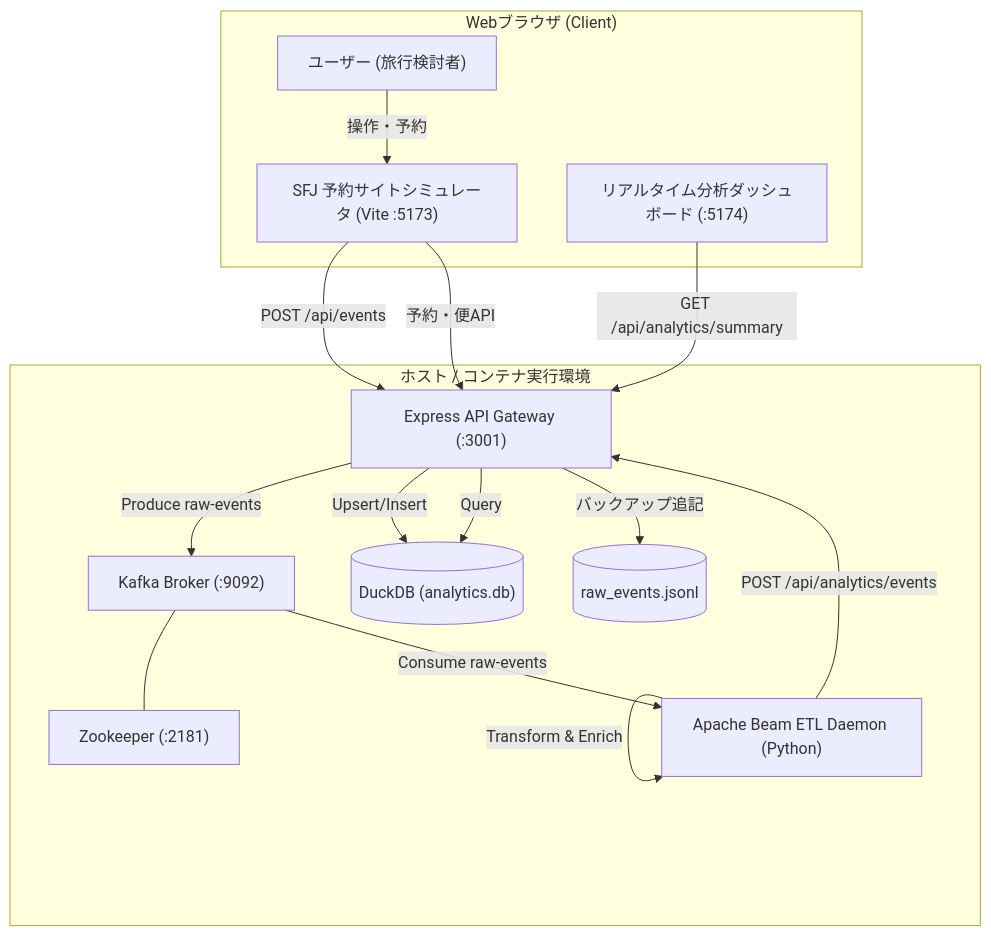
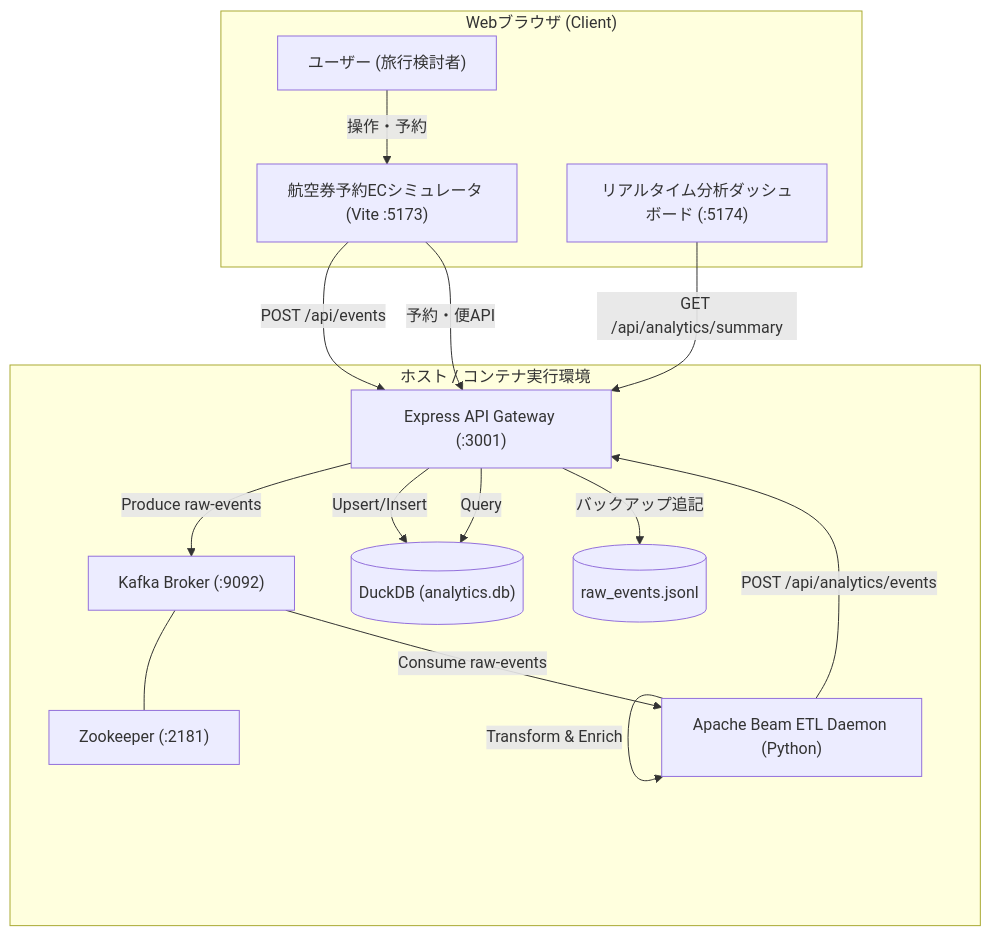
The first of 2 diagrams in docs/system_architecture_design.md (Anzai-Yuichiro/airline-modern-data-platform), drawn with Mermaid before and after one commit. The commit also changed other lines of this file and 7 other files, not shown here.

````diff
--- a/docs/system_architecture_design.md
+++ b/docs/system_architecture_design.md
@@ -35,33 +35,33 @@
 ```mermaid
 flowchart TD
     subgraph Browser["Webブラウザ (Client)"]
         User["ユーザー (旅行検討者)"]
-        ClientApp["SFJ 予約サイトシミュレータ (Vite :5173)"]
+        ClientApp["航空券予約ECシミュレータ (Vite :5173)"]
         AdminDash["リアルタイム分析ダッシュボード (:5174)"]
     end
 
     subgraph Host["ホスト / コンテナ実行環境"]
         Express["Express API Gateway (:3001)"]
         Kafka["Kafka Broker (:9092)"]
         ZK["Zookeeper (:2181)"]
         Beam["Apache Beam ETL Daemon (Python)"]
         DuckDB[("DuckDB (analytics.db)")]
         JSONL[("raw_events.jsonl")]
     end
 
     User -->|操作・予約| ClientApp
     ClientApp -->|POST /api/events| Express
     ClientApp -->|予約・便API| Express
     
     Express -->|Produce raw-events| Kafka
     Express -->|バックアップ追記| JSONL
     Kafka --- ZK
     
     Kafka -->|Consume raw-events| Beam
     Beam -->|Transform & Enrich| Beam
     Beam -->|POST /api/analytics/events| Express
     Express -->|Upsert/Insert| DuckDB
     
     AdminDash -->|GET /api/analytics/summary| Express
     Express -->|Query| DuckDB
 ```
````
